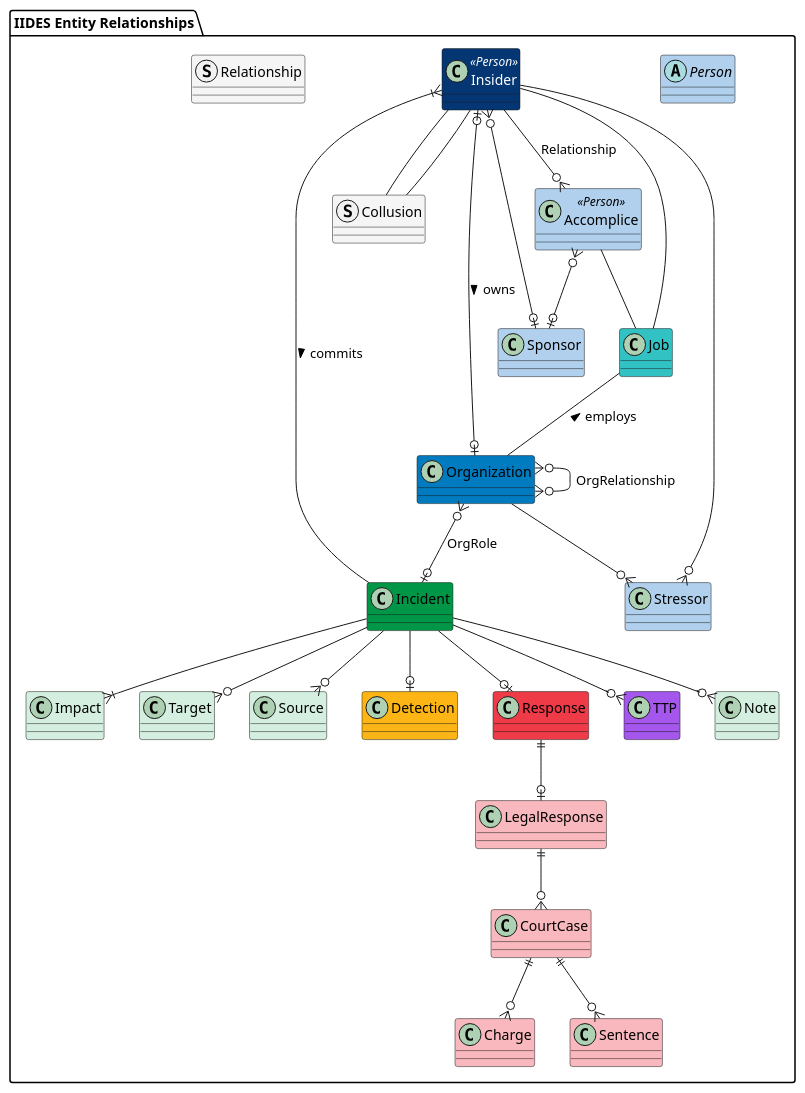
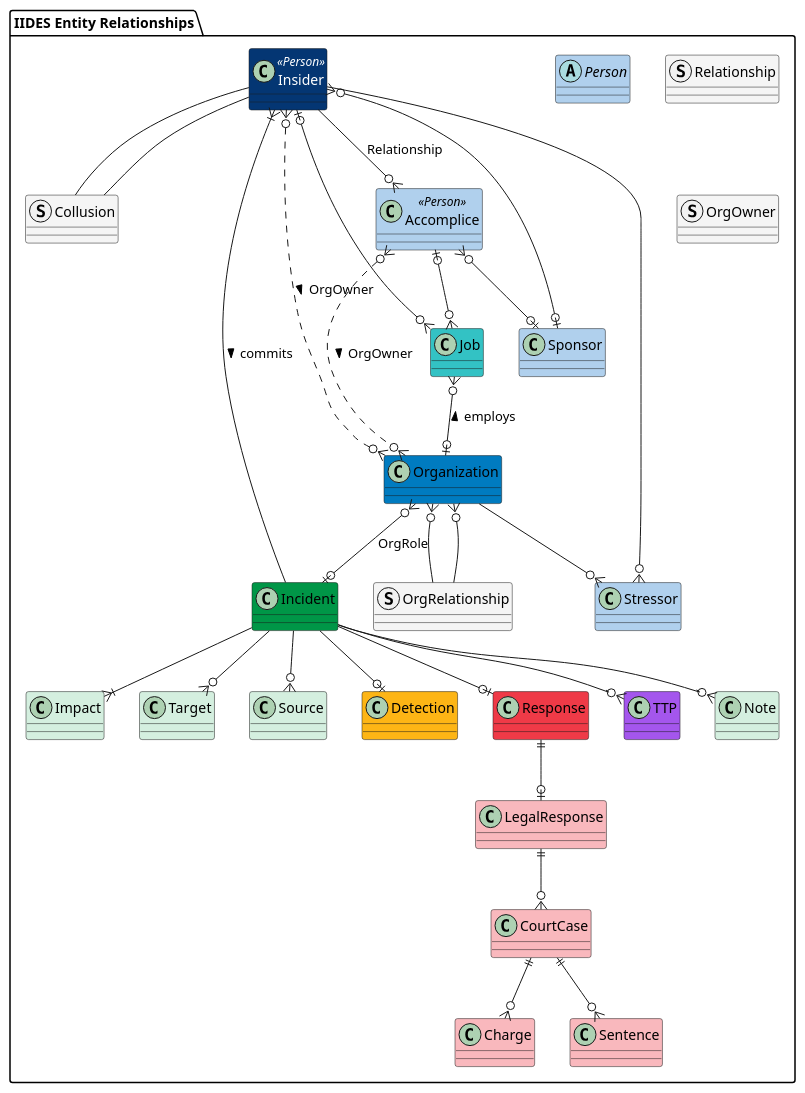
Before and after one commit to cmu-sei/iides: the diagram in UML/source/relationships.wsd, drawn with PlantUML. The commit also changed 9 other files, not shown here.

Commit message:
Add owner relationship

```diff
--- a/UML/source/relationships.wsd
+++ b/UML/source/relationships.wsd
@@ -1,52 +1,56 @@
 @startuml IIDES_Entity_Relationships
 package "IIDES Entity Relationships" #FFF {
 
     abstract Person #b0d0ed {}
     class Insider <<Person>> #043673;text:white {}
     class Accomplice <<Person>> #b0d0ed {}
     struct Collusion #F5F5F5 {}
     class Organization #007BC0 {}
     class Sponsor #b0d0ed {}
     class Incident #009647 {}
     class Job #33c2C4 {}
     class Impact #D4EFDF {}
     class Target #D4EFDF {}
     class Source #D4EFDF {}
     class Detection #FDB515 {}
     class Response #EF3A47 {}
     class LegalResponse #f9b8bd {}
     class CourtCase #f9b8bd {}
     class Charge #f9b8bd {}
     class Sentence #f9b8bd {}
     class TTP #A456ED {}
     class Stressor #b0d0ed {}
     class Note #D4EFDF {}
     struct Relationship #F5F5F5 {}
+    struct OrgRelationship #F5F5F5 {}
+    struct OrgOwner #F5F5F5 {}
 
     Insider --o{ Accomplice : Relationship
     Incident --|{ Insider : commits <
-    Accomplice -- Job
-    Job -- Organization : employs <
-    Insider -- Job
+    Accomplice |o--o{ Job
+    Job }o--o| Organization : employs <
+    Insider |o--o{ Job
     Organization }o--o| Incident : OrgRole
-    Organization }o--o{ Organization : OrgRelationship
+    Organization }o-- OrgRelationship
+    OrgRelationship --o{ Organization
     Insider }o--o| Sponsor
     Accomplice }o--o| Sponsor
-    Insider |o--o| Organization : owns >
+    Insider }o..o{ Organization : OrgOwner >
+    Accomplice }o..o{ Organization : OrgOwner >
     Insider -- Collusion
     Collusion -- Insider
     Incident --|{ Impact
     Incident --o{ Target
     Incident --o{ Source
     Incident --o{ Note
     CourtCase ||--o{ Charge
     CourtCase ||--o{ Sentence
     Incident --o| Detection
     Incident --o| Response
     Response ||--o| LegalResponse
     LegalResponse ||--o{ CourtCase
     Organization --o{ Stressor
     Stressor }o-- Insider
     Incident --o{ TTP
 }
 @enduml
```
